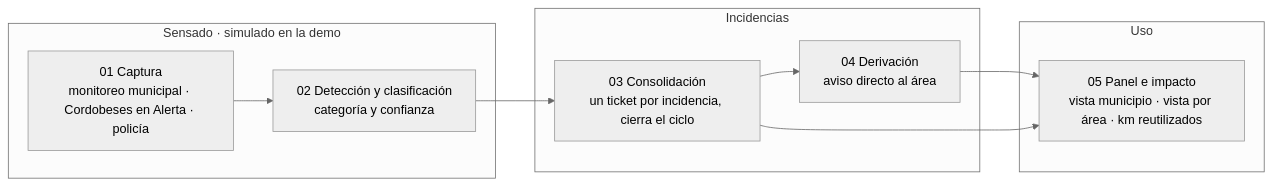
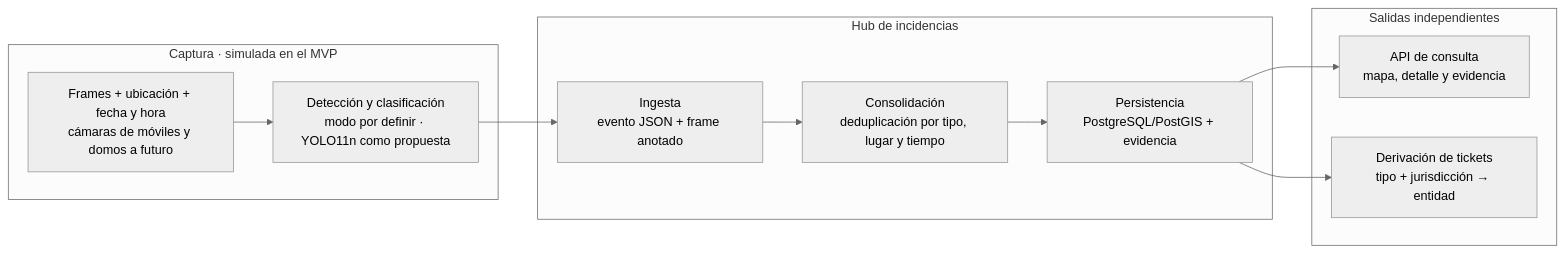
Before and after one commit to NachoSamo/Hack2theFuture-CordobaTechWeek: the second of 2 diagrams in README.md, drawn with Mermaid (neutral theme). The commit also changed other lines of this file and 9 other files, not shown here.

````diff
--- a/README.md
+++ b/README.md
@@ -74,16 +102,19 @@
 ```mermaid
 flowchart LR
-    subgraph Sensado[Sensado · simulado en la demo]
-        A[01 Captura<br/>monitoreo municipal · Cordobeses en Alerta · policía]
-        B[02 Detección y clasificación<br/>categoría y confianza]
+    subgraph Captura[Captura · simulada en el MVP]
+        A[Frames + ubicación + fecha y hora<br/>cámaras de móviles y domos a futuro]
+        B[Detección y clasificación<br/>modo por definir · YOLO11n como propuesta]
     end
-    subgraph Incidencias[Incidencias]
-        C[03 Consolidación<br/>un ticket por incidencia, cierra el ciclo]
-        D[04 Derivación<br/>aviso directo al área]
+    subgraph Hub[Hub de incidencias]
+        C[Ingesta<br/>evento JSON + frame anotado]
+        D[Consolidación<br/>deduplicación por tipo, lugar y tiempo]
+        E[Persistencia<br/>PostgreSQL/PostGIS + evidencia]
     end
-    subgraph Uso[Uso]
-        E[05 Panel e impacto<br/>vista municipio · vista por área · km reutilizados]
+    subgraph Salidas[Salidas independientes]
+        F[API de consulta<br/>mapa, detalle y evidencia]
+        G[Derivación de tickets<br/>tipo + jurisdicción → entidad]
     end
     A --> B --> C --> D --> E
-    C --> E
+    E --> F
+    E --> G
 ```
````
